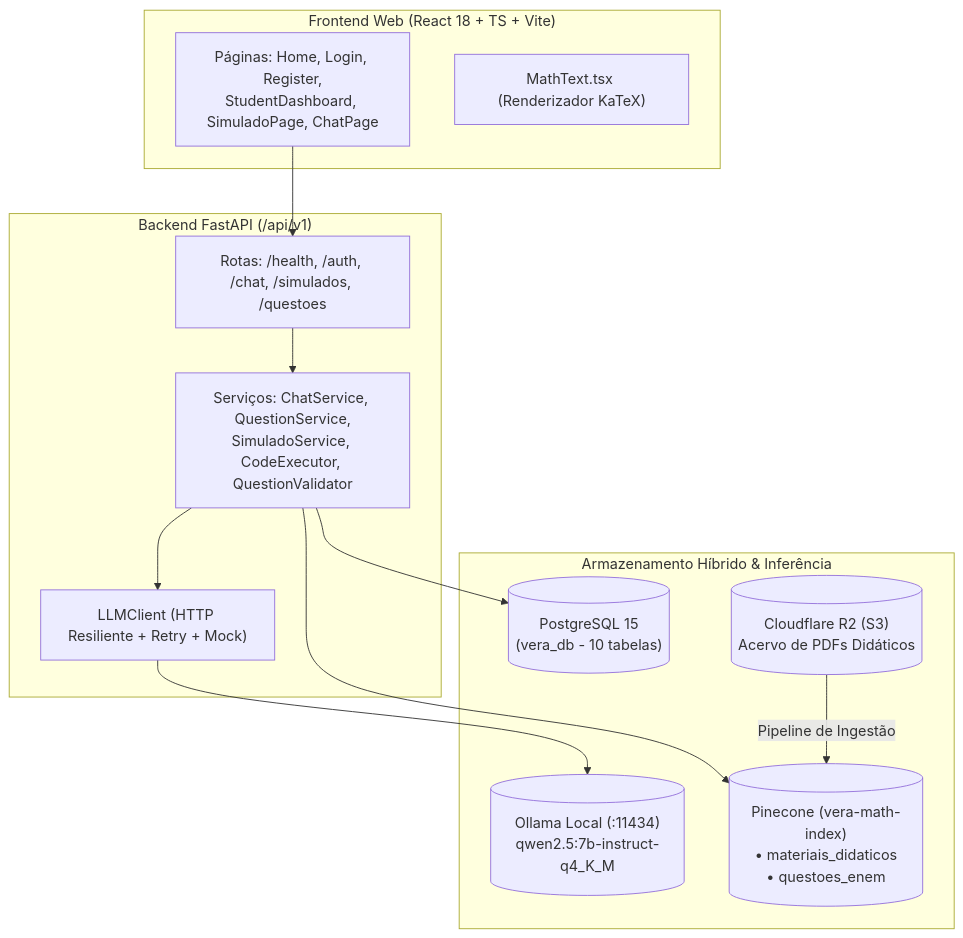
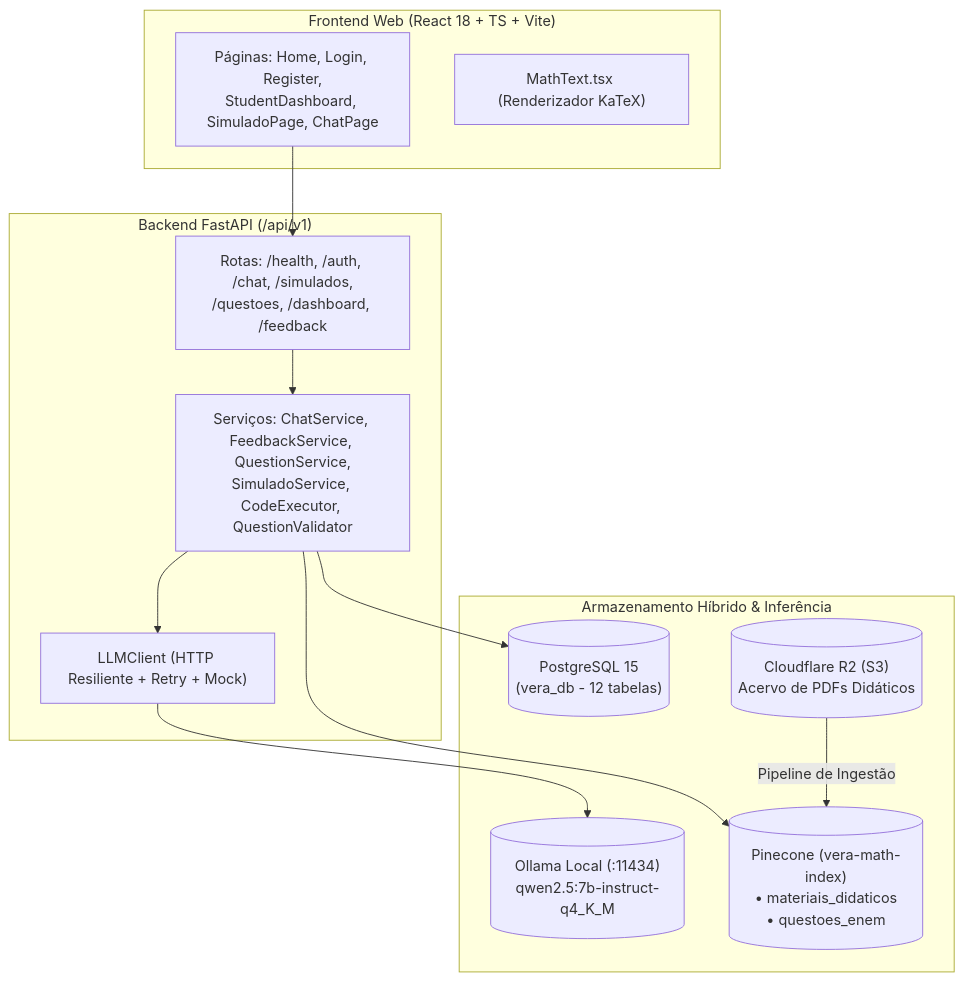
One commit to burnesz/vera changed the diagram in docs/01-arquitetura-e-dados/visao-arquitetural.md. Above: the diagram before and after it, drawn with Mermaid. The commit also changed other lines of this file and 2 other files, not shown here.

First line of the commit message:
docs(feedback): add per-item feedback note with RN-FB01..04

````diff
--- a/docs/01-arquitetura-e-dados/visao-arquitetural.md
+++ b/docs/01-arquitetura-e-dados/visao-arquitetural.md
@@ -25,28 +25,28 @@
 ```mermaid
 flowchart TB
     subgraph Frontend ["Frontend Web (React 18 + TS + Vite)"]
         UI["Páginas: Home, Login, Register,\nStudentDashboard, SimuladoPage, ChatPage"]
         KATEX["MathText.tsx (Renderizador KaTeX)"]
     end
 
     subgraph Backend ["Backend FastAPI (/api/v1)"]
-        API["Rotas: /health, /auth, /chat, /simulados, /questoes"]
-        SVC["Serviços: ChatService, QuestionService,\nSimuladoService, CodeExecutor, QuestionValidator"]
+        API["Rotas: /health, /auth, /chat, /simulados,\n/questoes, /dashboard, /feedback"]
+        SVC["Serviços: ChatService, FeedbackService, QuestionService,\nSimuladoService, CodeExecutor, QuestionValidator"]
         LLM["LLMClient (HTTP Resiliente + Retry + Mock)"]
     end
 
     subgraph Storage ["Armazenamento Híbrido & Inferência"]
         OLLAMA[("Ollama Local (:11434)\nqwen2.5:7b-instruct-q4_K_M")]
-        PG[("PostgreSQL 15\n(vera_db - 10 tabelas)")]
+        PG[("PostgreSQL 15\n(vera_db - 12 tabelas)")]
         PC[("Pinecone (vera-math-index)\n• materiais_didaticos\n• questoes_enem")]
         R2[("Cloudflare R2 (S3)\nAcervo de PDFs Didáticos")]
     end
 
     UI --> API
     API --> SVC
     SVC --> LLM
     LLM --> OLLAMA
     SVC --> PG
     SVC --> PC
     R2 -->|"Pipeline de Ingestão"| PC
 ```
````
